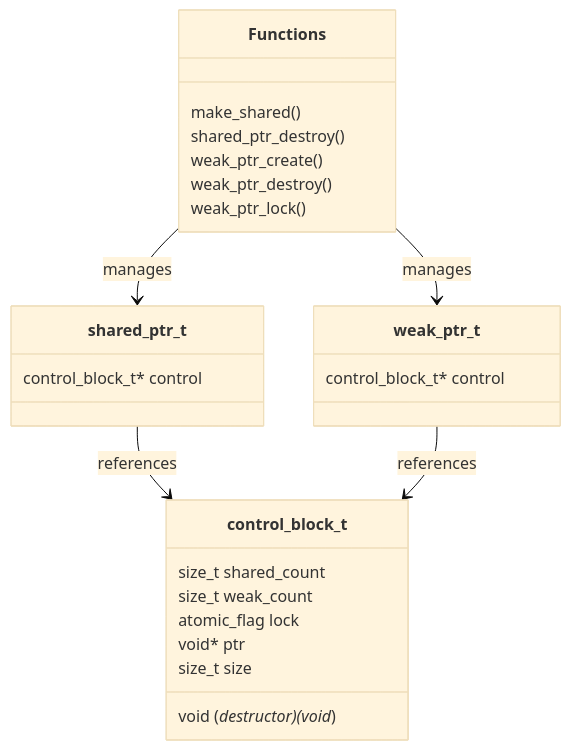
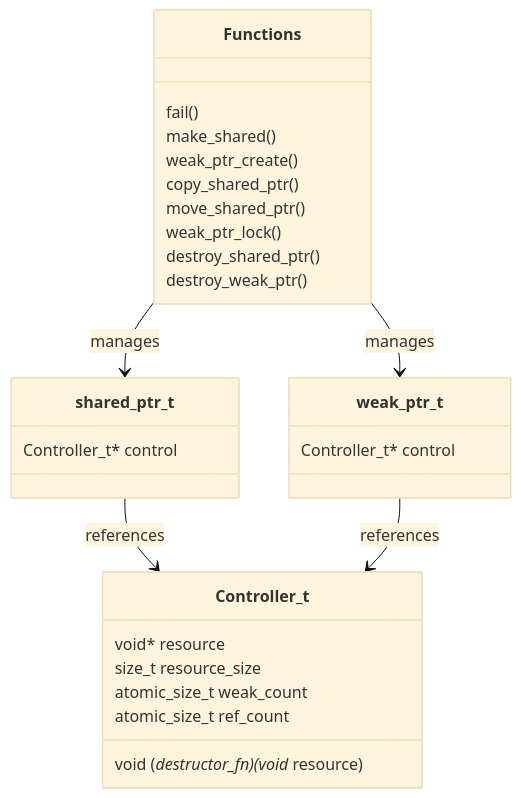
Before and after one commit to lolay92/c-smart-pointer: the diagram in README.md, drawn with Mermaid (base theme). The commit also changed other lines of this file, not shown here.

````diff
--- a/README.md
+++ b/README.md
@@ -15,33 +15,35 @@
 ```mermaid
 classDiagram
-    class control_block_t {
-        size_t shared_count
-        size_t weak_count
-        atomic_flag lock
-        void* ptr
-        void (*destructor)(void*)
-        size_t size
+    class Controller_t {
+        void* resource
+        void (*destructor_fn)(void* resource)        
+        size_t resource_size
+        atomic_size_t weak_count
+        atomic_size_t ref_count
     }
     
     class shared_ptr_t {
-        control_block_t* control
+        Controller_t* control
     }
     
     class weak_ptr_t {
-        control_block_t* control
+        Controller_t* control
     }
 
     class Functions {
+        fail()
         make_shared()
-        shared_ptr_destroy()
         weak_ptr_create()
-        weak_ptr_destroy()
+        copy_shared_ptr()
+        move_shared_ptr()
         weak_ptr_lock()
+        destroy_shared_ptr()
+        destroy_weak_ptr()
     }
     
-    shared_ptr_t --> control_block_t : references
-    weak_ptr_t --> control_block_t : references
+    shared_ptr_t --> Controller_t : references
+    weak_ptr_t --> Controller_t : references
     Functions --> shared_ptr_t : manages
     Functions --> weak_ptr_t : manages
 
 ```
````
